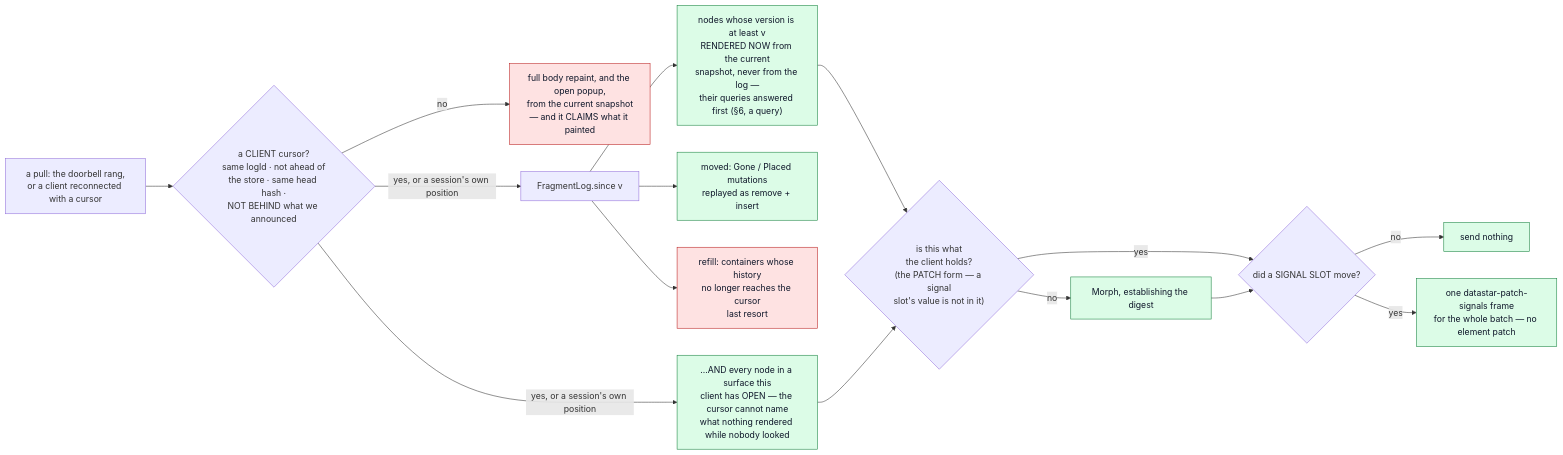
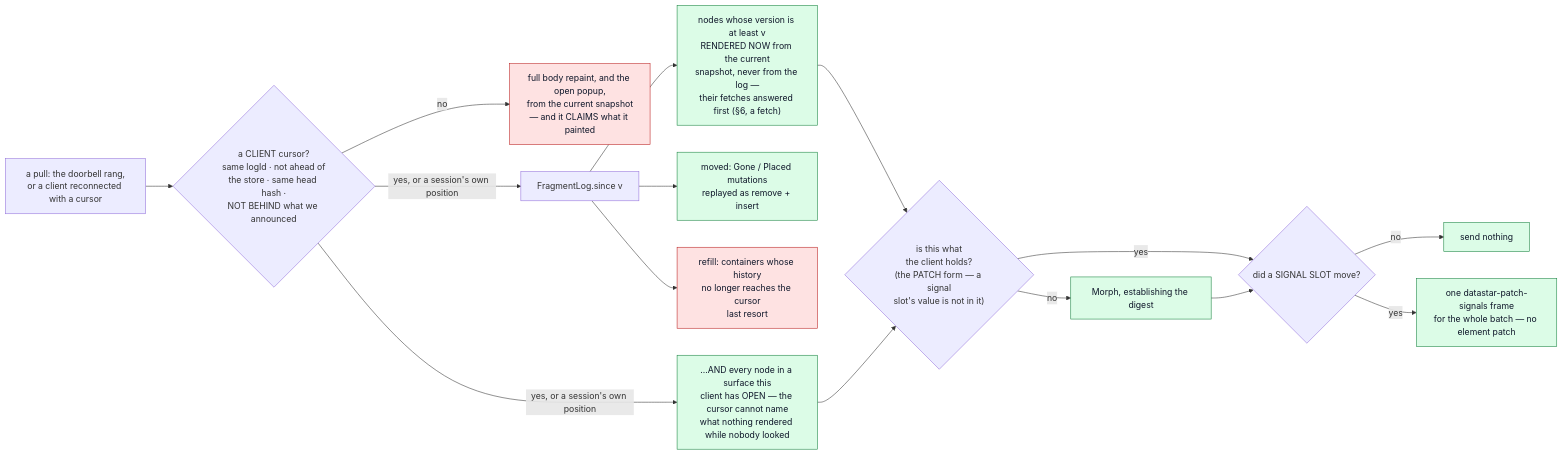
Before and after one commit to perok/functional-home-assistant: the sixth of 6 diagrams in docs/architecture-rendering-pipeline.md, drawn with Mermaid. The commit also changed other lines of this file and 61 other files, not shown here.

First line of the commit message:
Provider reads are fetches, not queries (#632)

````diff
--- a/docs/architecture-rendering-pipeline.md
+++ b/docs/architecture-rendering-pipeline.md
@@ -916,22 +916,22 @@
 ```mermaid
 flowchart LR
   RC["a pull: the doorbell rang,<br/>or a client reconnected with a cursor"] --> Q{"a CLIENT cursor?<br/>same logId · not ahead of<br/>the store · same head hash ·<br/>NOT BEHIND what we announced"}
   Q -->|no| REPAINT["full body repaint, and the open popup,<br/>from the current snapshot<br/>— and it CLAIMS what it painted"]
   Q -->|yes, or a session's own position| SINCE["FragmentLog.since v"]
-  SINCE --> N["nodes whose version is at least v<br/>RENDERED NOW from the current<br/>snapshot, never from the log —<br/>their queries answered first (§6, a query)"]
+  SINCE --> N["nodes whose version is at least v<br/>RENDERED NOW from the current<br/>snapshot, never from the log —<br/>their fetches answered first (§6, a fetch)"]
   SINCE --> M["moved: Gone / Placed mutations<br/>replayed as remove + insert"]
   SINCE --> R["refill: containers whose history<br/>no longer reaches the cursor<br/>last resort"]
   Q -->|yes, or a session's own position| OPENN["…AND every node in a surface this<br/>client has OPEN — the cursor cannot name<br/>what nothing rendered while nobody looked"]
   N --> HOLD{"is this what<br/>the client holds?<br/>(the PATCH form — a signal<br/>slot's value is not in it)"}
   OPENN --> HOLD
   HOLD -->|yes| SIG{"did a SIGNAL SLOT move?"}
   HOLD -->|no| SEND["Morph, establishing the digest"]
   SEND --> SIG
   SIG -->|no| DROP["send nothing"]
   SIG -->|yes| FRAME["one datastar-patch-signals frame<br/>for the whole batch — no element patch"]
 
   classDef ok fill:#dcfce7,stroke:#15803d,color:#0f172a
   classDef bad fill:#fee2e2,stroke:#b91c1c,color:#0f172a
   class N,M,OPENN,SEND,DROP,FRAME ok
   class REPAINT,R bad
 ```
````
